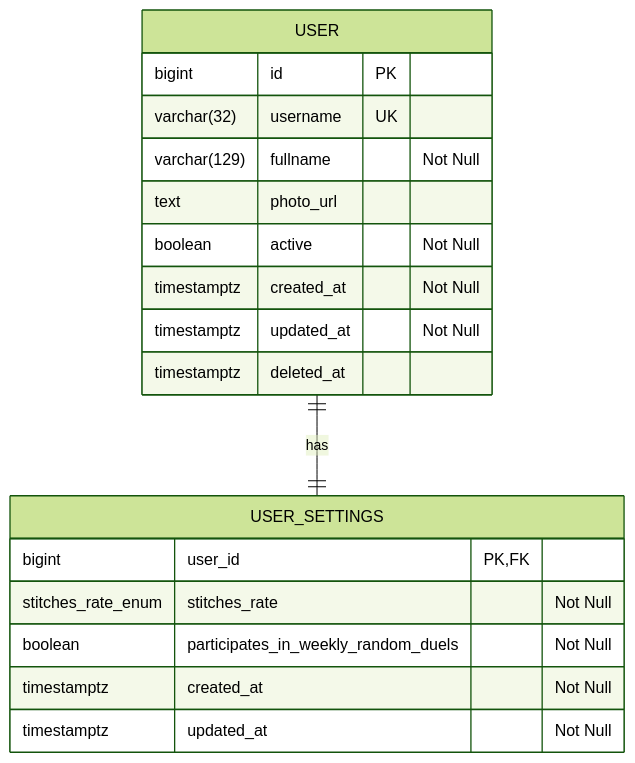
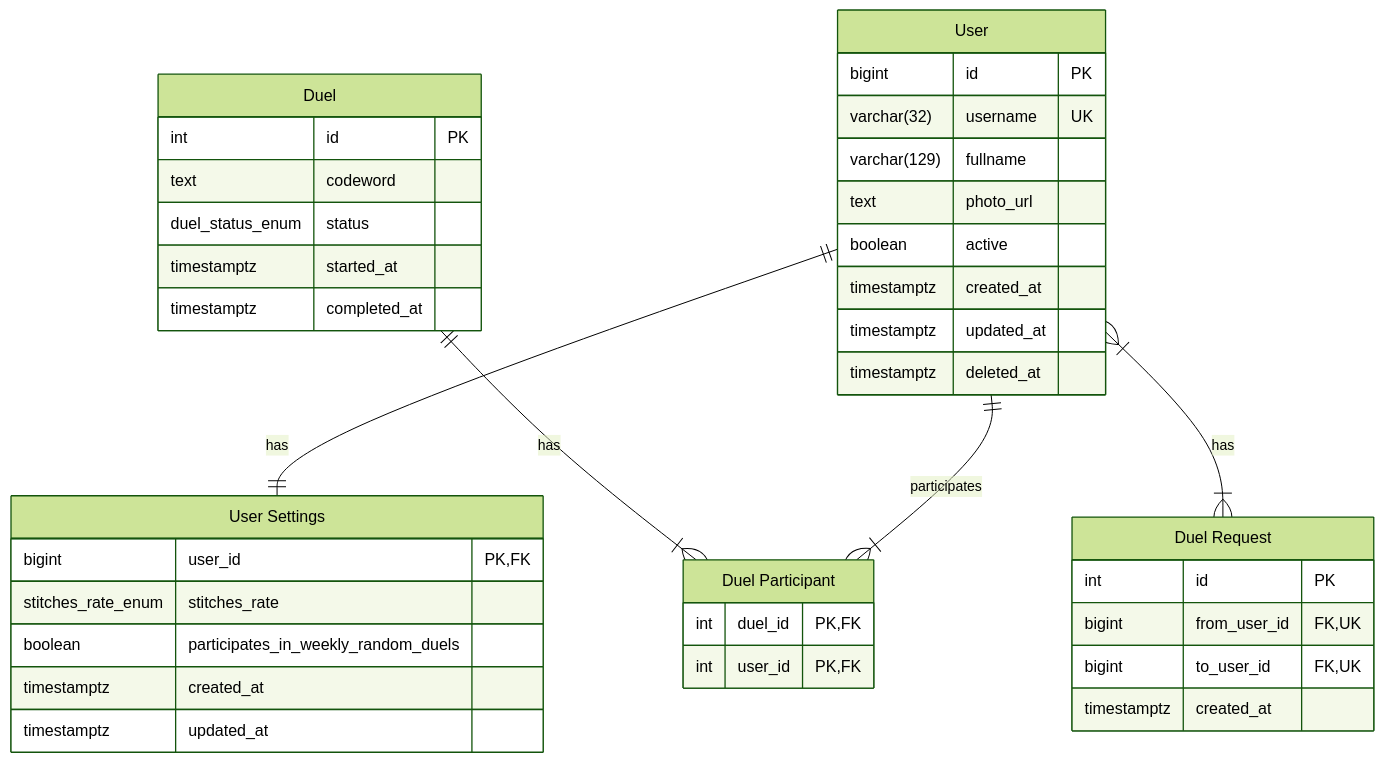
Before and after one commit to niusia-ua/cross-stitch-dueling-bot: the diagram in docs/database.md, drawn with Mermaid (forest theme). The commit also changed 36 other files, not shown here.

Commit message:
feat: implement the active duels page with the ability to send duel requests

````diff
--- a/docs/database.md
+++ b/docs/database.md
@@ -3,23 +3,48 @@
 ```mermaid
 erDiagram
-  USER {
+  "User" {
     bigint id PK
     varchar(32) username UK
-    varchar(129) fullname "Not Null"
+    varchar(129) fullname
     text photo_url
-    boolean active "Not Null"
-    timestamptz created_at "Not Null"
-    timestamptz updated_at "Not Null"
+    boolean active
+    timestamptz created_at
+    timestamptz updated_at
     timestamptz deleted_at
   }
 
-  USER_SETTINGS {
+  "User Settings" {
     bigint user_id PK, FK
-    stitches_rate_enum stitches_rate "Not Null"
-    boolean participates_in_weekly_random_duels "Not Null"
-    timestamptz created_at "Not Null"
-    timestamptz updated_at "Not Null"
+    stitches_rate_enum stitches_rate
+    boolean participates_in_weekly_random_duels
+    timestamptz created_at
+    timestamptz updated_at
   }
 
-  USER ||--|| USER_SETTINGS : "has"
+  "Duel" {
+    int id PK
+    text codeword
+    duel_status_enum status
+    timestamptz started_at
+    timestamptz completed_at
+  }
+
+  "Duel Request" {
+    int id PK
+    bigint from_user_id FK, UK
+    bigint to_user_id FK, UK
+    timestamptz created_at
+  }
+
+  "Duel Participant" {
+    int duel_id PK, FK
+    int user_id PK, FK
+  }
+
+  "User" ||--|| "User Settings" : "has"
+
+  "Duel" ||--|{ "Duel Participant" : "has"
+  "User" ||--|{ "Duel Participant" : "participates"
+
+  "User" }|--|{ "Duel Request" : "has"
 ```
````
